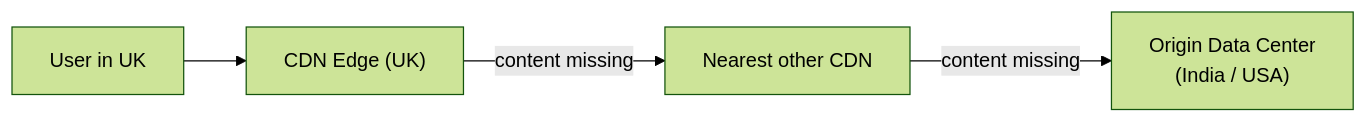
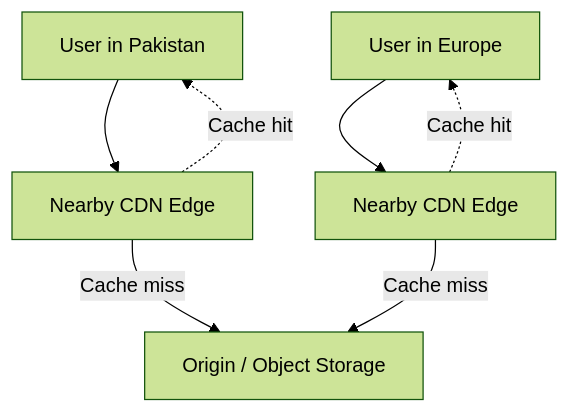
The ninth of 18 diagrams in 07_scaling_application_from_one_to_million_users/README.md (HARRISAMIN432/system-design-hld), drawn with Mermaid (forest theme) before and after one commit. The commit also changed other lines of this file and 11 other files, not shown here.

````diff
--- a/07_scaling_application_from_one_to_million_users/README.md
+++ b/07_scaling_application_from_one_to_million_users/README.md
@@ -261,6 +802,11 @@
 ```mermaid
-flowchart LR
-    UK["User in UK"] --> CDN1["CDN Edge (UK)"]
-    CDN1 -- "content missing" --> CDN2["Nearest other CDN"]
-    CDN2 -- "content missing" --> DC["Origin Data Center<br/>(India / USA)"]
+flowchart TB
+    U1["User in Pakistan"] --> E1["Nearby CDN Edge"]
+    U2["User in Europe"] --> E2["Nearby CDN Edge"]
+
+    E1 -->|"Cache miss"| O["Origin / Object Storage"]
+    E2 -->|"Cache miss"| O
+
+    E1 -.->|"Cache hit"| U1
+    E2 -.->|"Cache hit"| U2
 ```
````
